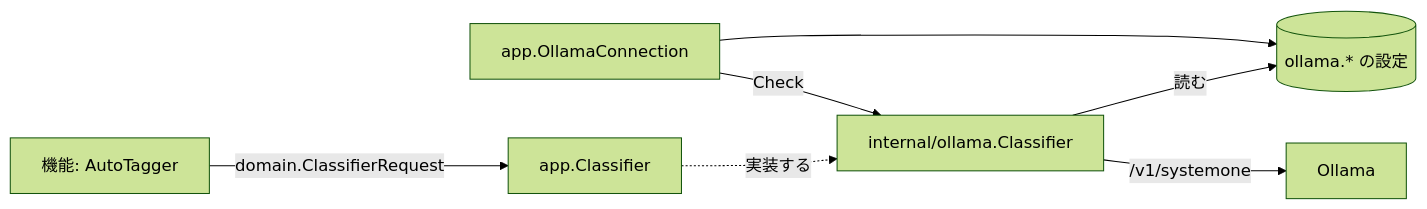
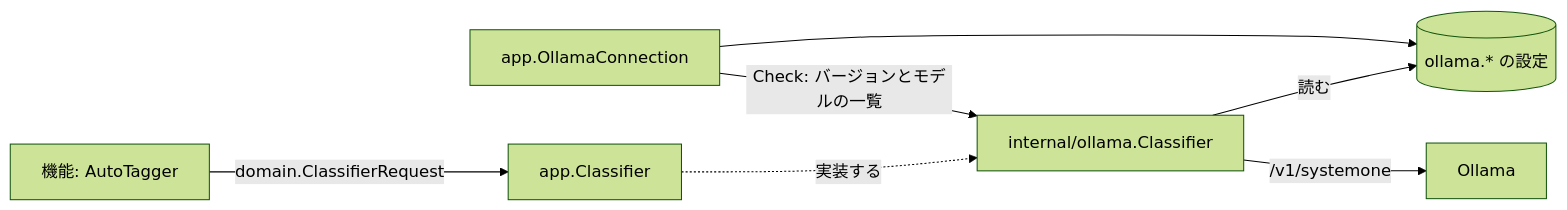
Before and after one commit to syudead/vv: the diagram in translations/ja/docs/design-docs/ai-layer.md, drawn with Mermaid (forest theme). The commit also changed other lines of this file and 21 other files, not shown here.

````diff
--- a/translations/ja/docs/design-docs/ai-layer.md
+++ b/translations/ja/docs/design-docs/ai-layer.md
@@ -10,9 +10,9 @@
 ```mermaid
 flowchart LR
   feature[機能: AutoTagger] -->|domain.ClassifierRequest| port[app.Classifier]
   port -.->|実装する| ollama[internal/ollama.Classifier]
   ollama -->|読む| settings[(ollama.* の設定)]
   ollama -->|/v1/systemone| server[Ollama]
   conn[app.OllamaConnection] --> settings
-  conn -->|Check| ollama
+  conn -->|Check: バージョンとモデルの一覧| ollama
 ```
````
